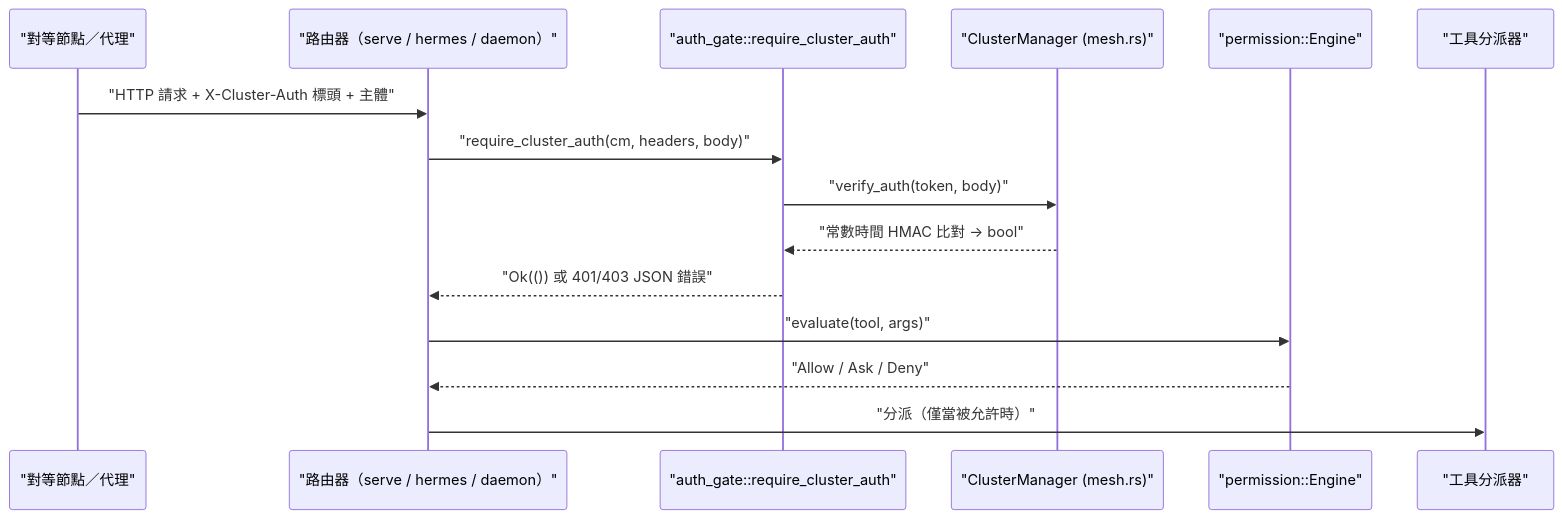
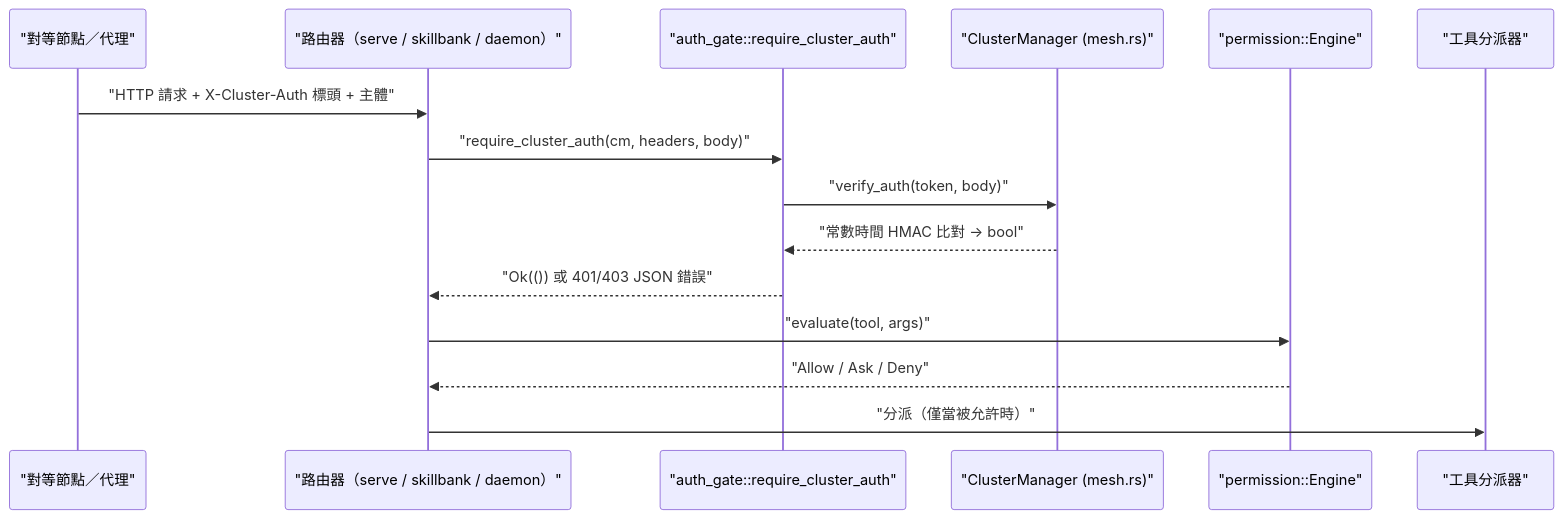
The diagram in docs/architecture/auth-security-gate.md (markl-a/phantom-mesh), drawn with Mermaid before and after one commit. The commit also changed other lines of this file and 840 other files, not shown here.

````diff
--- a/docs/architecture/auth-security-gate.md
+++ b/docs/architecture/auth-security-gate.md
@@ -38,18 +38,18 @@
 ```mermaid
 sequenceDiagram
     participant Caller as "對等節點／代理"
-    participant Router as "路由器（serve / hermes / daemon）"
+    participant Router as "路由器（serve / skillbank / daemon）"
     participant Gate as "auth_gate::require_cluster_auth"
     participant CM as "ClusterManager (mesh.rs)"
     participant Perm as "permission::Engine"
     participant Tool as "工具分派器"
 
     Caller->>Router: "HTTP 請求 + X-Cluster-Auth 標頭 + 主體"
     Router->>Gate: "require_cluster_auth(cm, headers, body)"
     Gate->>CM: "verify_auth(token, body)"
     CM-->>Gate: "常數時間 HMAC 比對 → bool"
     Gate-->>Router: "Ok(()) 或 401/403 JSON 錯誤"
     Router->>Perm: "evaluate(tool, args)"
     Perm-->>Router: "Allow / Ask / Deny"
     Router->>Tool: "分派（僅當被允許時）"
 ```
````
